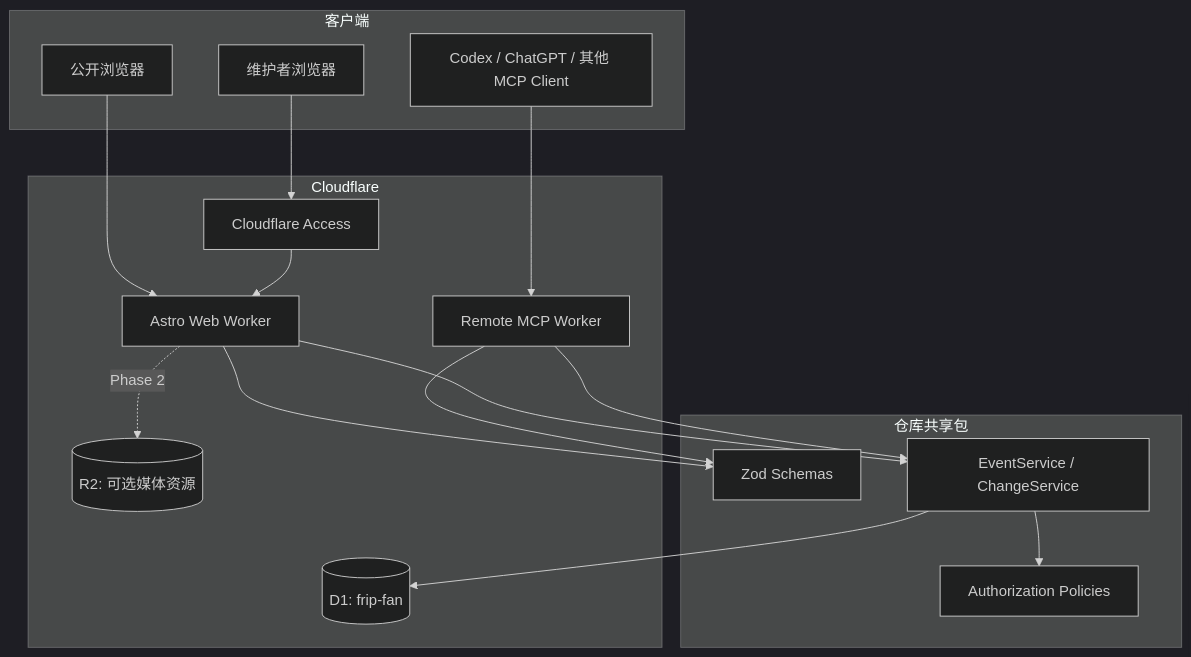
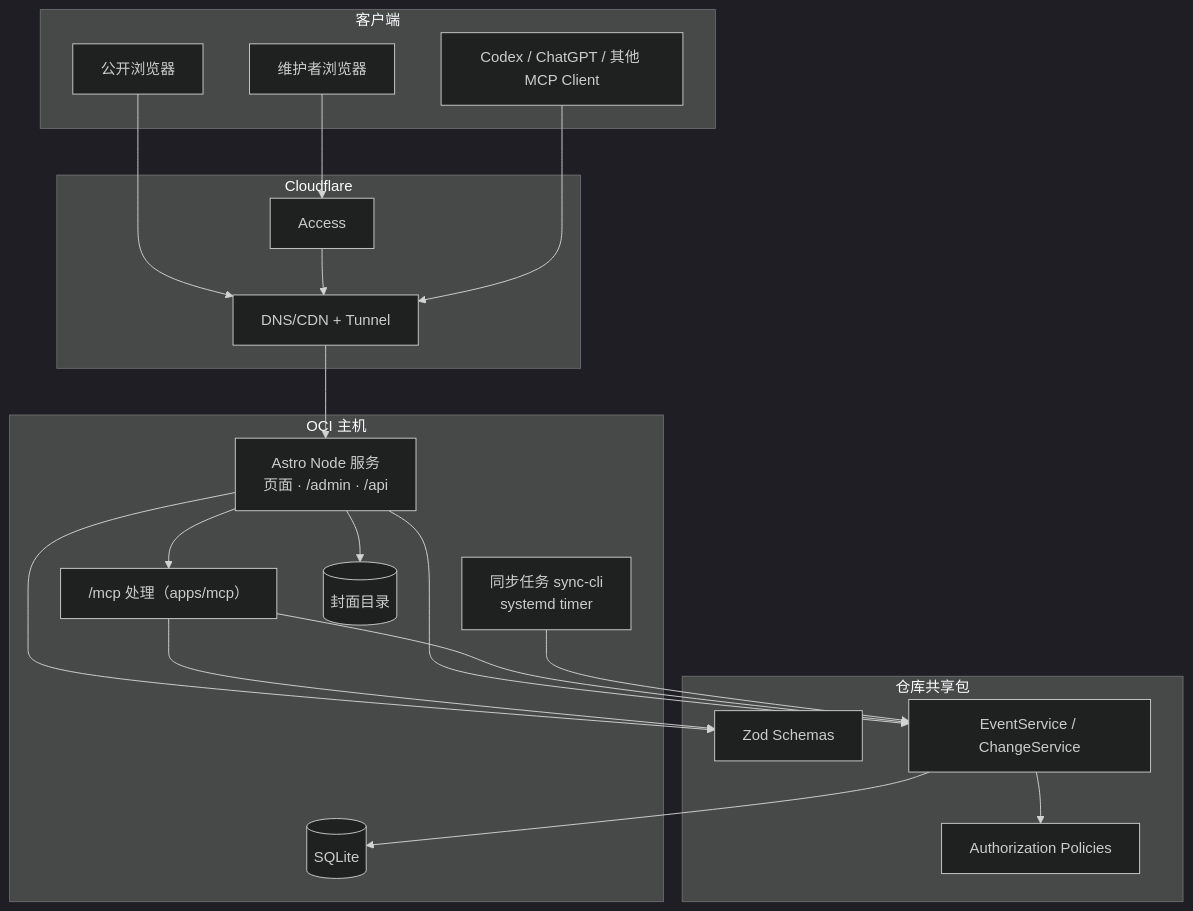
One commit to frip-fans/fripsi.de changed the first of 3 diagrams in docs/architecture.md. Above: the diagram before and after it, drawn with Mermaid (dark theme). The commit also changed other lines of this file and 144 other files, not shown here.

````diff
--- a/docs/architecture.md
+++ b/docs/architecture.md
@@ -15,33 +15,40 @@
 ```mermaid
 flowchart TB
     subgraph Clients[客户端]
         Browser[公开浏览器]
         AdminBrowser[维护者浏览器]
         MCPClient[Codex / ChatGPT / 其他 MCP Client]
     end
 
-    subgraph Cloudflare[Cloudflare]
-        Access[Cloudflare Access]
-        Web[Astro Web Worker]
-        MCP[Remote MCP Worker]
-        DB[(D1: frip-fan)]
-        Media[(R2: 可选媒体资源)]
+    subgraph Edge[Cloudflare]
+        Access[Access]
+        Tunnel[DNS/CDN + Tunnel]
+    end
+
+    subgraph Host[OCI 主机]
+        Web[Astro Node 服务<br/>页面 · /admin · /api]
+        MCP["/mcp 处理（apps/mcp）"]
+        Sync[同步任务 sync-cli<br/>systemd timer]
+        DB[(SQLite)]
+        Media[(封面目录)]
     end
 
     subgraph Shared[仓库共享包]
         Schema[Zod Schemas]
         Service[EventService / ChangeService]
         Policy[Authorization Policies]
     end
 
-    Browser --> Web
-    AdminBrowser --> Access --> Web
-    MCPClient --> MCP
+    Browser --> Tunnel --> Web
+    AdminBrowser --> Access --> Tunnel
+    MCPClient --> Tunnel
+    Web --> MCP
     Web --> Schema
     MCP --> Schema
     Web --> Service
     MCP --> Service
+    Sync --> Service
     Service --> Policy
     Service --> DB
-    Web -. Phase 2 .-> Media
+    Web --> Media
 ```
````
